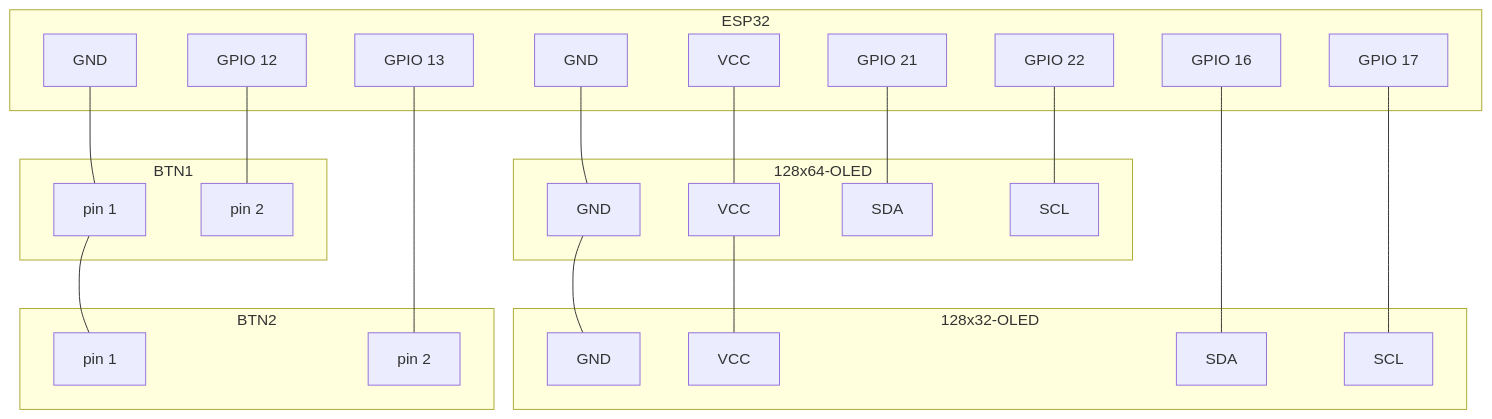
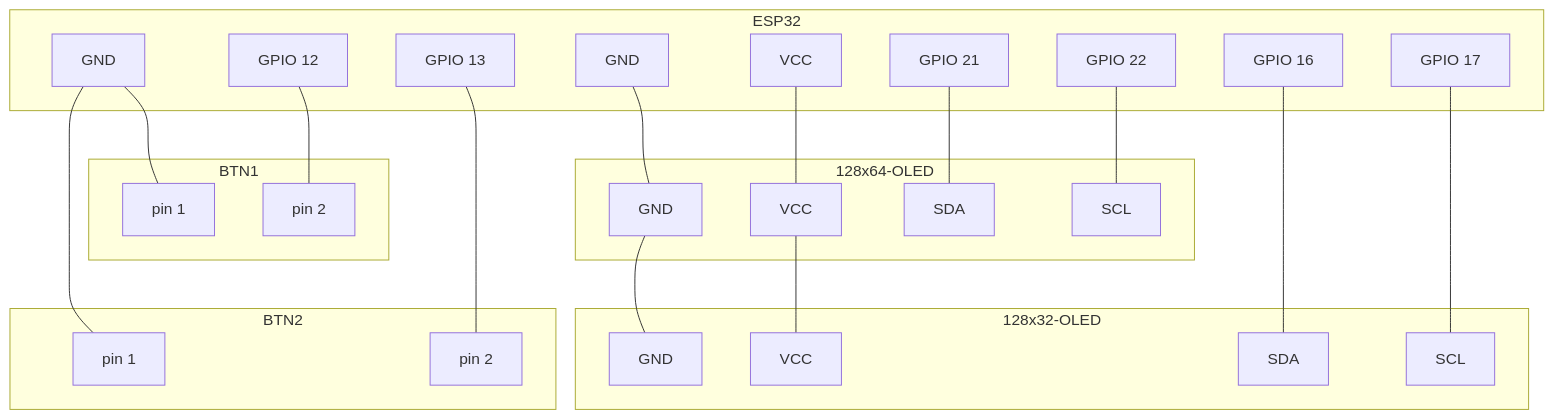
One commit to Olygus/ESP32-Dashboard changed the diagram in README.md. Above: the diagram before and after it, drawn with Mermaid.

Commit message:
fixed a bug that causes btn2 to only work when btn1 is pressed because bt2 gnd pin was connected to btn1 gnd pin

````diff
--- a/README.md
+++ b/README.md
@@ -35,54 +35,55 @@
 ```mermaid 
 flowchart TD  
 
 ESP32 ~~~ BTN1 ~~~ BTN2
 ESP32 ~~~ O1 ~~~ O2
 GND --- GND1 --- GND2 
-Ban --- b1g --- b2g
+Ban --- b1g 
+Ban --- b2g
 
 VCC --- VCC1 --- VCC2
 GPIO12 --- b1v
 GPIO13 --- b2v
 
 GPIO21 --- SDA1
 GPIO22 --- SCl1
 
 GPIO16 --- SDA2
 GPIO17 --- SCl2
 
 subgraph ESP32
  GPIO21[GPIO 21]
  GPIO22[GPIO 22]
  GPIO16[GPIO 16]
  GPIO17[GPIO 17]
  GPIO12[GPIO 12]
  GPIO13[GPIO 13]
  VCC 
  GND
  Ban[GND]
 end
 
 subgraph O1[128x64-OLED]
  VCC1[VCC]
  GND1[GND]
  SDA1[SDA]
  SCl1[SCL]
 end
 
 subgraph O2[128x32-OLED]
  VCC2[VCC]
  GND2[GND]
  SDA2[SDA]
  SCl2[SCL]
 end
 
 subgraph BTN1
  b1g[pin 1] 
  b1v[pin 2]
 end
 
 subgraph BTN2
  b2g[pin 1]
  b2v[pin 2]
 end
 ```
````
